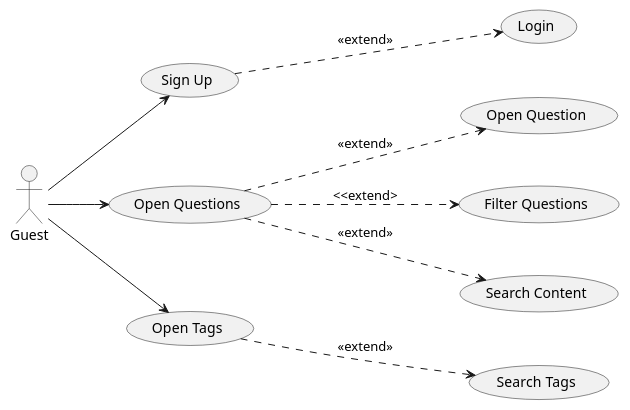
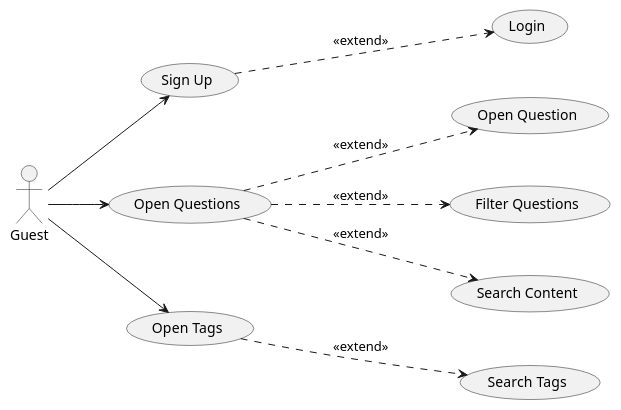
Before and after one commit to rafaelacirino/miw-backend-foro: the diagram in src/main/resources/templates/casosDeUsoGuest.plantuml, drawn with PlantUML. The commit also changed 7 other files, not shown here.

Commit message:
cambios en diagramas

```diff
--- a/src/main/resources/templates/casosDeUsoGuest.plantuml
+++ b/src/main/resources/templates/casosDeUsoGuest.plantuml
@@ -1,30 +1,28 @@
 @startuml
 
 actor Guest
 
 left to right direction
 
 (Login) as UC1
 (Sign Up) as UC3
 
 (Open Question) as UC7
 (Open Questions) as UC11
 (Filter Questions) as UC12
 
 (Search Content) as UC25
 (Open Tags) as UC26
 (Search Tags) as UC27
 
-
 UC3 .-down-> UC1 : <<extend>>
 UC11 .-down-> UC7 : <<extend>>
-UC11 .-down-> UC12 : <<extend>
+UC11 .-down-> UC12 : <<extend>>
 UC11 .-down-> UC25 : <<extend>>
 UC26 .-down-> UC27 : <<extend>>
 
 Guest --> UC11
 Guest --> UC3
 Guest --> UC26
 
-
 @enduml
```
